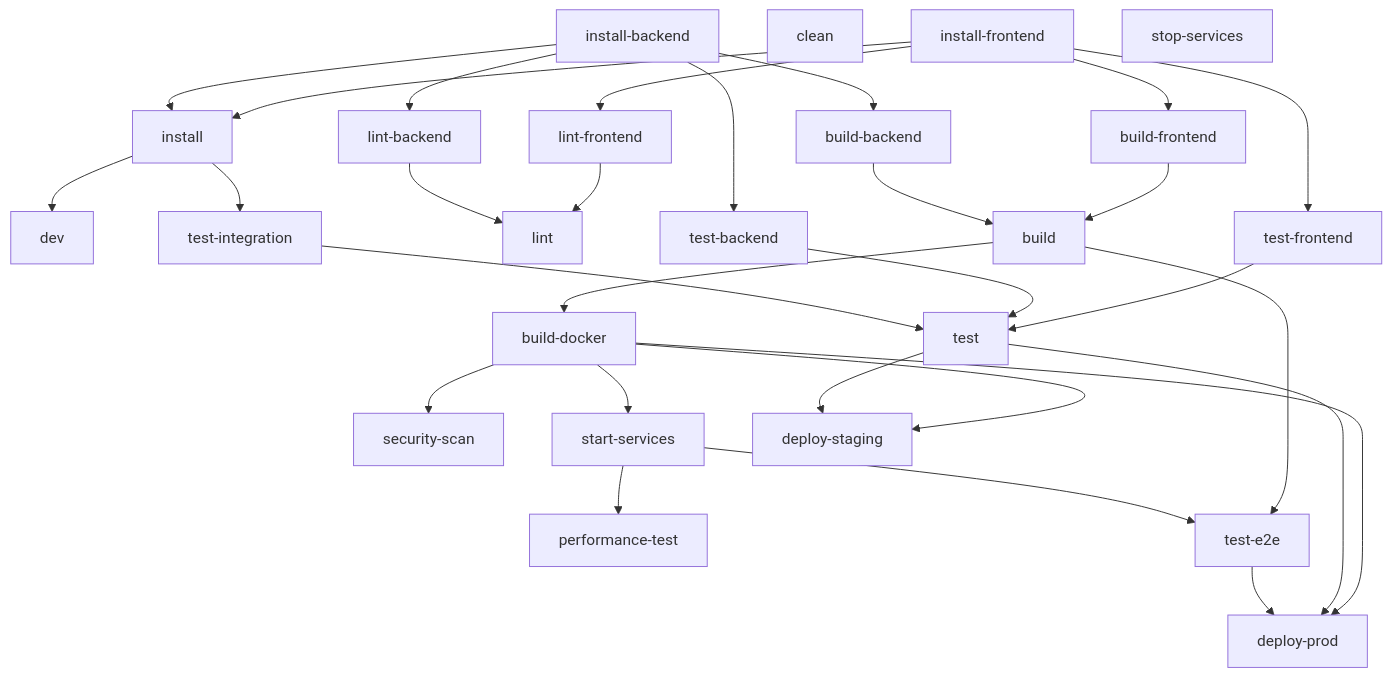
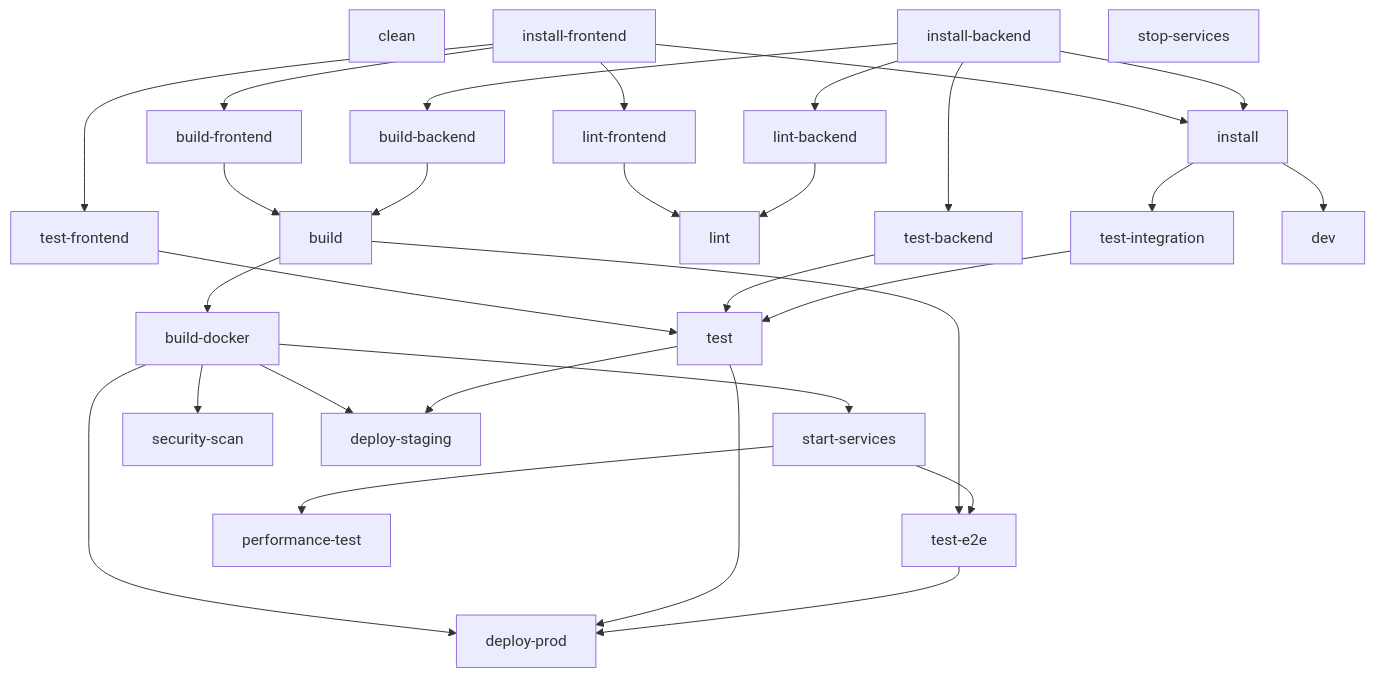
The diagram in examples/complex-webapp/.discovery/pipeline-analyzer/gotask/tasks/dependency-graph.md (nichecode/pipeline-analyzer), drawn with Mermaid before and after one commit. The commit also changed other lines of this file and 36 other files, not shown here.

````diff
--- a/examples/complex-webapp/.discovery/pipeline-analyzer/gotask/tasks/dependency-graph.md
+++ b/examples/complex-webapp/.discovery/pipeline-analyzer/gotask/tasks/dependency-graph.md
@@ -13,54 +13,54 @@
 ```mermaid
 graph TD
+    test-e2e["test-e2e"]
+    start-services["start-services"]
     security-scan["security-scan"]
-    dev["dev"]
+    performance-test["performance-test"]
+    clean["clean"]
+    build-frontend["build-frontend"]
+    deploy-staging["deploy-staging"]
     install["install"]
+    install-frontend["install-frontend"]
+    install-backend["install-backend"]
     test-frontend["test-frontend"]
+    test-integration["test-integration"]
     lint["lint"]
+    lint-frontend["lint-frontend"]
     build["build"]
-    start-services["start-services"]
-    deploy-prod["deploy-prod"]
-    performance-test["performance-test"]
-    install-frontend["install-frontend"]
+    test["test"]
     test-backend["test-backend"]
-    build-frontend["build-frontend"]
-    clean["clean"]
-    install-backend["install-backend"]
-    test-integration["test-integration"]
-    test-e2e["test-e2e"]
+    lint-backend["lint-backend"]
     build-backend["build-backend"]
     build-docker["build-docker"]
     stop-services["stop-services"]
-    test["test"]
-    lint-frontend["lint-frontend"]
-    lint-backend["lint-backend"]
-    deploy-staging["deploy-staging"]
-    install-frontend --> lint-frontend
+    deploy-prod["deploy-prod"]
+    dev["dev"]
+    build-docker --> security-scan
     build-docker --> deploy-staging
     test --> deploy-staging
-    install --> dev
     install-frontend --> test-frontend
-    lint-frontend --> lint
-    lint-backend --> lint
-    install-backend --> test-backend
-    build --> build-docker
+    install --> test-integration
+    install-frontend --> lint-frontend
     build-frontend --> build
     build-backend --> build
+    install-backend --> test-backend
+    build-docker --> deploy-prod
+    test --> deploy-prod
+    test-e2e --> deploy-prod
+    install --> dev
     install-frontend --> build-frontend
-    install --> test-integration
-    install-backend --> lint-backend
-    build-docker --> security-scan
-    start-services --> performance-test
+    build --> build-docker
     build --> test-e2e
     start-services --> test-e2e
-    install-backend --> build-backend
+    install-frontend --> install
+    install-backend --> install
     test-frontend --> test
     test-backend --> test
     test-integration --> test
-    install-frontend --> install
-    install-backend --> install
+    install-backend --> build-backend
     build-docker --> start-services
-    build-docker --> deploy-prod
-    test --> deploy-prod
-    test-e2e --> deploy-prod
+    start-services --> performance-test
+    lint-frontend --> lint
+    lint-backend --> lint
+    install-backend --> lint-backend
 ```
````
